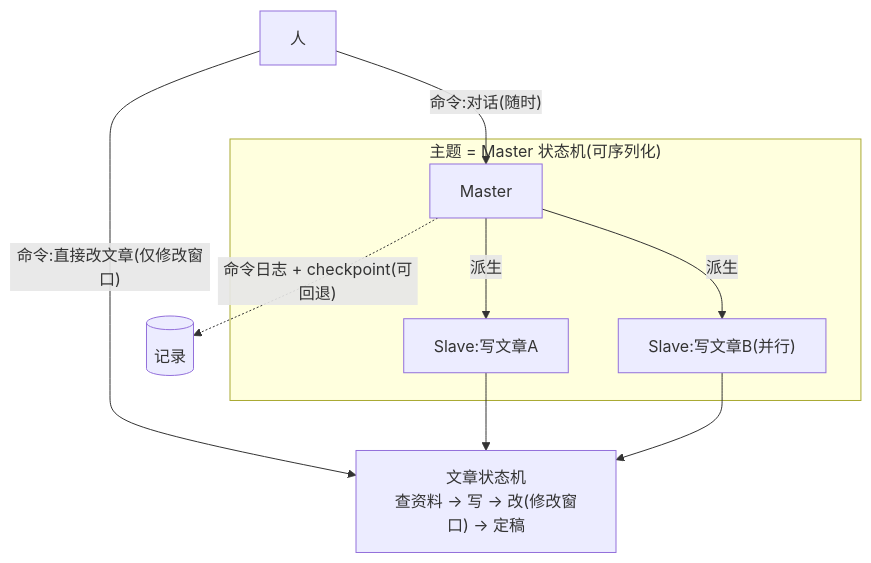
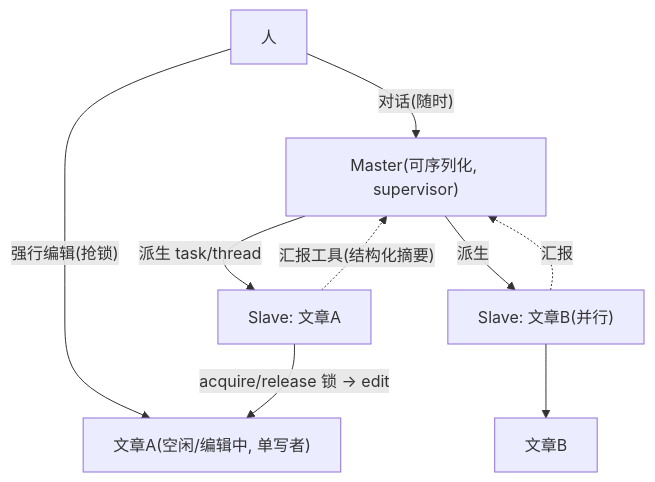
One commit to XuanLee-HEALER/ai-write changed the first of 2 diagrams in docs/product-discussion.md. Above: the diagram before and after it, drawn with Mermaid. The commit also changed other lines of this file, not shown here.

First line of the commit message:
docs: clean up collaboration model (lock + master/slave supervisor)

````diff
--- a/docs/product-discussion.md
+++ b/docs/product-discussion.md
@@ -46,12 +63,11 @@
 ```mermaid
 flowchart TD
-    H["人"] -- "命令:对话(随时)" --> M
-    H -- "命令:直接改文章(仅修改窗口)" --> ART
-    subgraph theme ["主题 = Master 状态机(可序列化)"]
-      M["Master"] -- "派生" --> S1["Slave:写文章A"]
-      M -- "派生" --> S2["Slave:写文章B(并行)"]
-    end
-    S1 --> ART["文章状态机<br/>查资料 → 写 → 改(修改窗口) → 定稿"]
-    S2 --> ART
-    M -. "命令日志 + checkpoint(可回退)" .-> LOG[("记录")]
+    H["人"] -- "对话(随时)" --> M
+    H -- "强行编辑(抢锁)" --> A1
+    M["Master(可序列化, supervisor)"] -- "派生 task/thread" --> S1["Slave: 文章A"]
+    M -- "派生" --> S2["Slave: 文章B(并行)"]
+    S1 -. "汇报工具(结构化摘要)" .-> M
+    S2 -. "汇报" .-> M
+    S1 -- "acquire/release 锁 → edit" --> A1["文章A(空闲/编辑中, 单写者)"]
+    S2 --> A2["文章B"]
 ```
````
